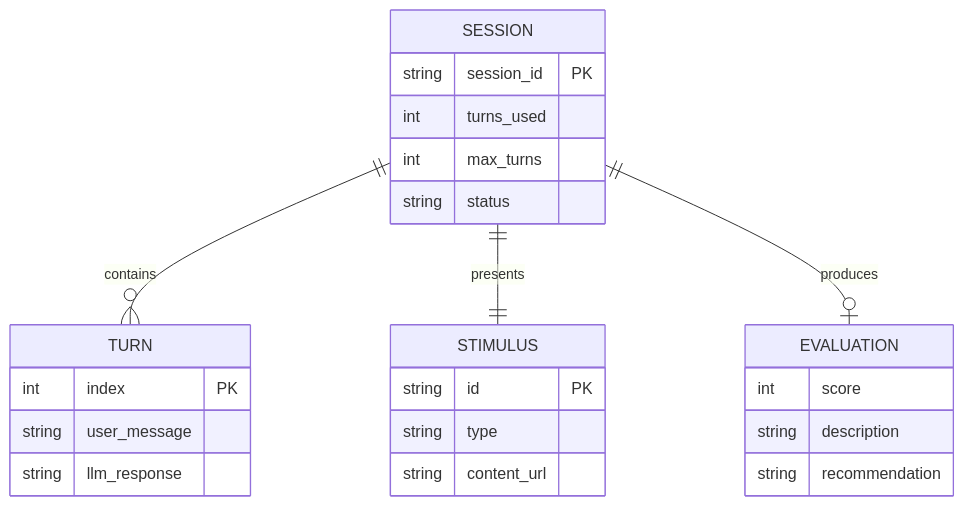
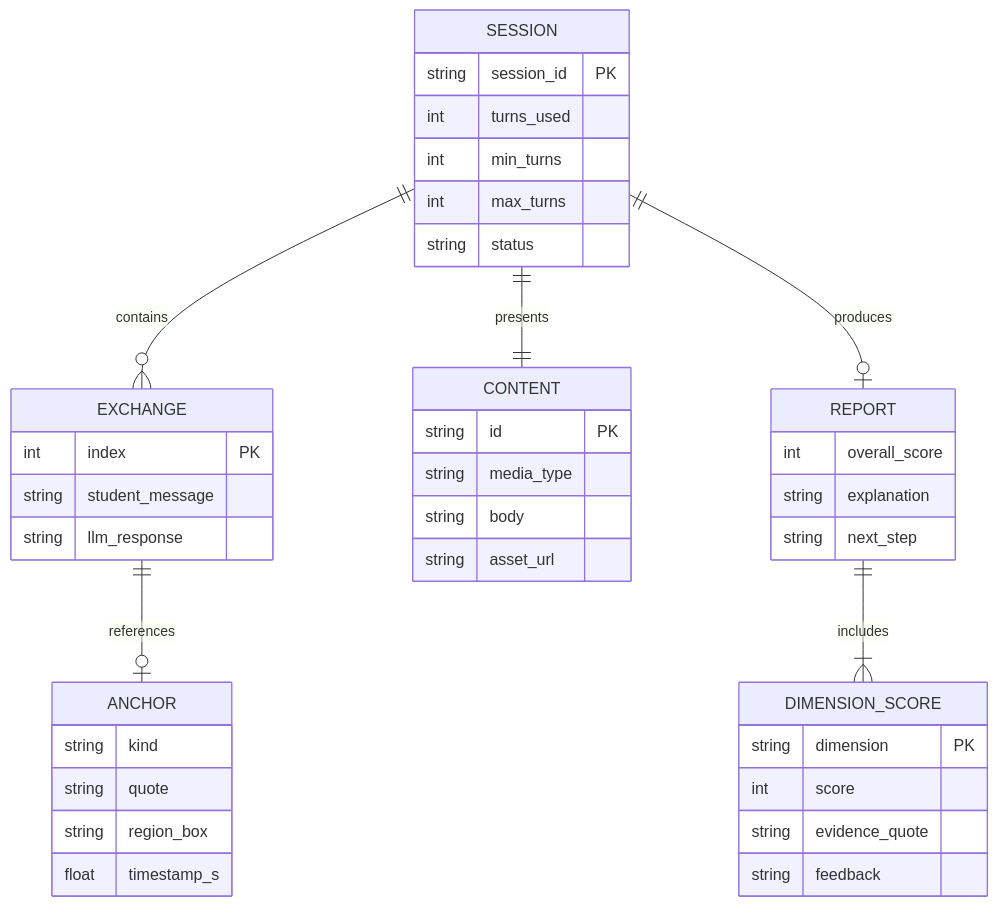
Before and after one commit to christopappas/hackathon_aug_2026_critcal_thinking: the sixth of 6 diagrams in ARCHITECTURE.md, drawn with Mermaid. The commit also changed other lines of this file, not shown here.

First line of the commit message:
Expand architecture to cover full MVP requirements

````diff
--- a/ARCHITECTURE.md
+++ b/ARCHITECTURE.md
@@ -109,28 +176,44 @@
 ```mermaid
 erDiagram
-    SESSION ||--o{ TURN : contains
-    SESSION ||--|| STIMULUS : presents
-    SESSION ||--o| EVALUATION : produces
+    SESSION ||--o{ EXCHANGE : contains
+    SESSION ||--|| CONTENT : presents
+    SESSION ||--o| REPORT : produces
+    EXCHANGE ||--o| ANCHOR : references
+    REPORT ||--|{ DIMENSION_SCORE : includes
 
     SESSION {
         string session_id PK
         int turns_used
+        int min_turns
         int max_turns
         string status
     }
-    TURN {
+    CONTENT {
+        string id PK
+        string media_type
+        string body
+        string asset_url
+    }
+    EXCHANGE {
         int index PK
-        string user_message
+        string student_message
         string llm_response
     }
-    STIMULUS {
-        string id PK
-        string type
-        string content_url
+    ANCHOR {
+        string kind
+        string quote
+        string region_box
+        float timestamp_s
     }
-    EVALUATION {
+    REPORT {
+        int overall_score
+        string explanation
+        string next_step
+    }
+    DIMENSION_SCORE {
+        string dimension PK
         int score
-        string description
-        string recommendation
+        string evidence_quote
+        string feedback
     }
 ```
````
